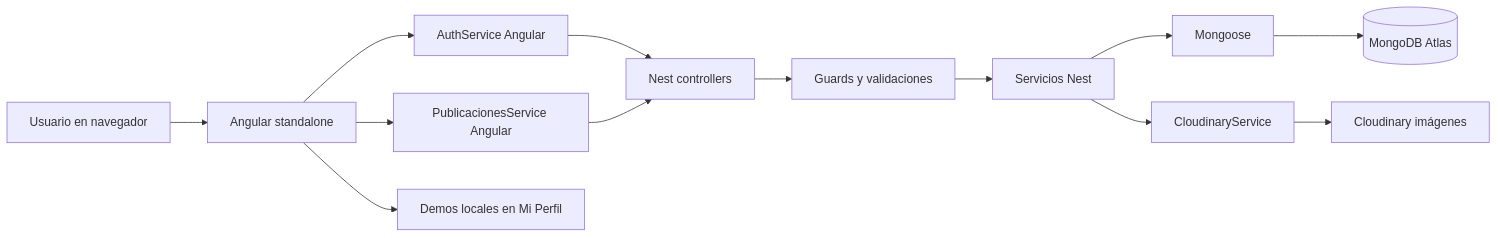
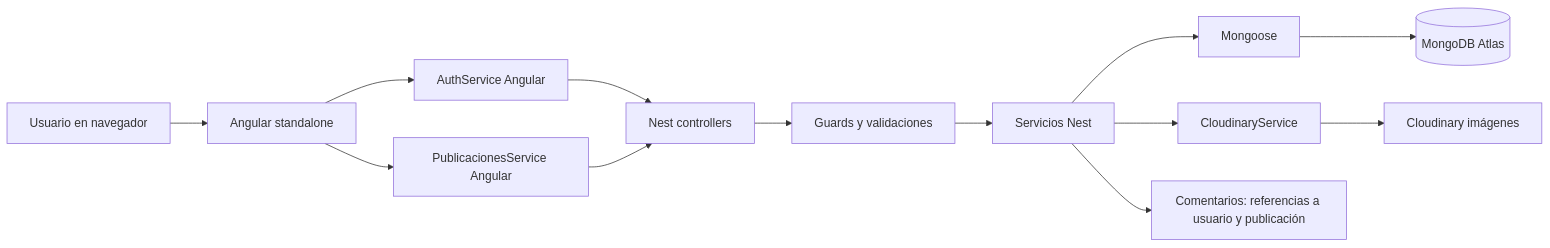
One commit to AndresCespedes92/FutbolCrack changed the first of 2 diagrams in docs/01-ARQUITECTURA.md. Above: the diagram before and after it, drawn with Mermaid. The commit also changed other lines of this file and 19 other files, not shown here.

````diff
--- a/docs/01-ARQUITECTURA.md
+++ b/docs/01-ARQUITECTURA.md
@@ -21,15 +21,15 @@
 ```mermaid
 flowchart LR
   A[Usuario en navegador] --> B[Angular standalone]
   B --> C[AuthService Angular]
   B --> D[PublicacionesService Angular]
   C --> E[Nest controllers]
   D --> E
   E --> F[Guards y validaciones]
   F --> G[Servicios Nest]
   G --> H[Mongoose]
   H --> I[(MongoDB Atlas)]
   G --> J[CloudinaryService]
   J --> K[Cloudinary imágenes]
-  B --> L[Demos locales en Mi Perfil]
+  G --> L[Comentarios: referencias a usuario y publicación]
 ```
````
